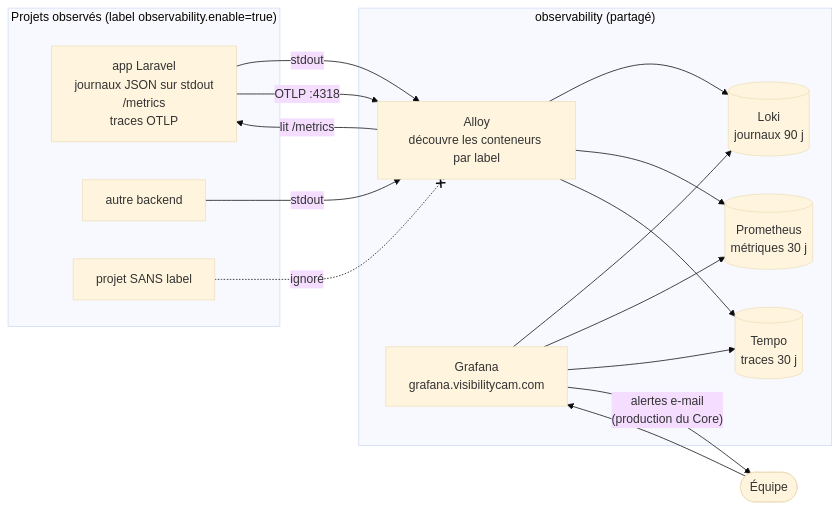
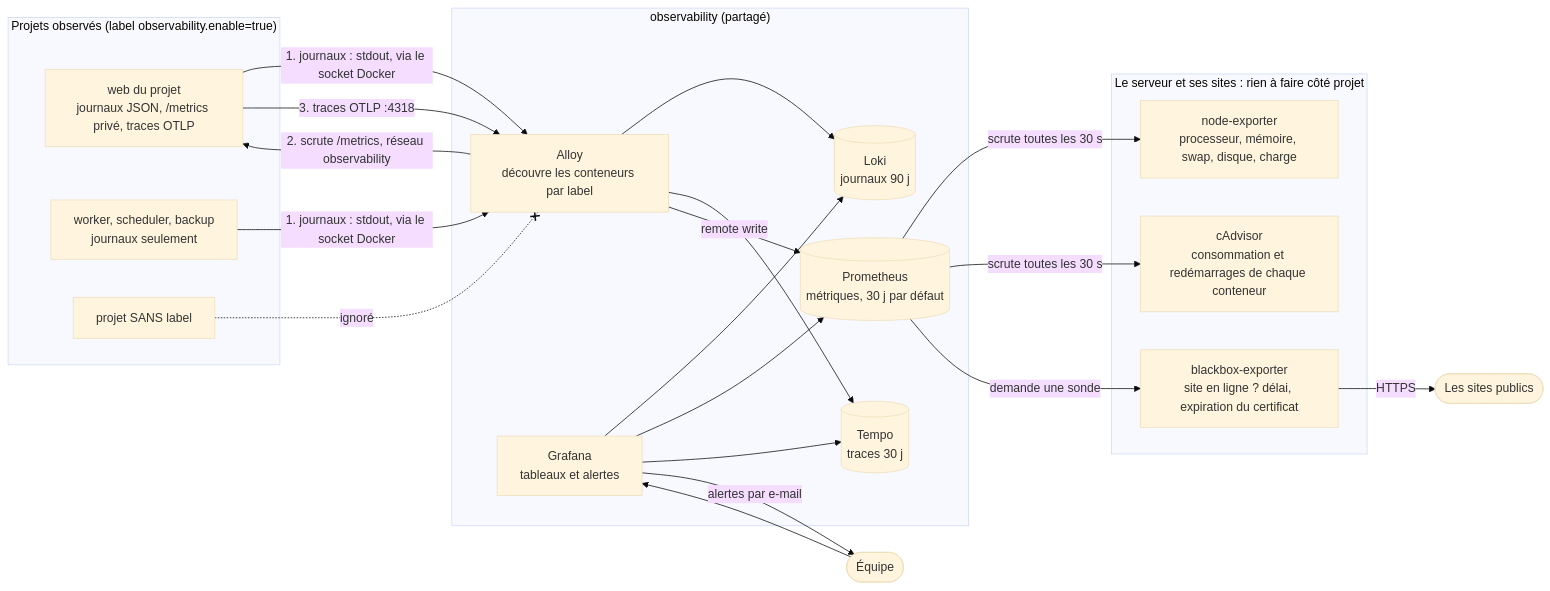
One commit to wilfreidlando/vcam-infra-deploy changed the ninth of 13 diagrams in docs/01-schemas.md. Above: the diagram before and after it, drawn with Mermaid (base theme). The commit also changed other lines of this file and 1 other file, not shown here.

First line of the commit message:
docs(architecture) : trois niveaux de lecture, schéma des trois réseaux d'un conteneur web, supervision complète, alertes

````diff
--- a/docs/01-schemas.md
+++ b/docs/01-schemas.md
@@ -294,25 +342,35 @@
 ```mermaid
 flowchart LR
     subgraph Apps["Projets observés (label observability.enable=true)"]
-        A1["app Laravel<br/>journaux JSON sur stdout<br/>/metrics<br/>traces OTLP"]
-        A2["autre backend"]
+        A1["web du projet<br/>journaux JSON, /metrics privé, traces OTLP"]
+        A2["worker, scheduler, backup<br/>journaux seulement"]
         X["projet SANS label"]
+    end
+    subgraph Host["Le serveur et ses sites : rien à faire côté projet"]
+        NodeE["node-exporter<br/>processeur, mémoire, swap, disque, charge"]
+        CAd["cAdvisor<br/>consommation et redémarrages de chaque conteneur"]
+        BB["blackbox-exporter<br/>site en ligne ? délai, expiration du certificat"]
     end
     subgraph OBS["observability (partagé)"]
         Alloy["Alloy<br/>découvre les conteneurs par label"]
         Loki[("Loki<br/>journaux 90 j")]
-        Prom[("Prometheus<br/>métriques 30 j")]
+        Prom[("Prometheus<br/>métriques, 30 j par défaut")]
         Tempo[("Tempo<br/>traces 30 j")]
-        Graf["Grafana<br/>grafana.visibilitycam.com"]
+        Graf["Grafana<br/>tableaux et alertes"]
     end
+    Sites(["Les sites publics"])
     Team(["Équipe"])
 
-    A1 & A2 -->|"stdout"| Alloy
-    Alloy -->|"lit /metrics"| A1
-    A1 -->|"OTLP :4318"| Alloy
+    A1 & A2 -->|"1. journaux : stdout, via le socket Docker"| Alloy
+    Alloy -->|"2. scrute /metrics, réseau observability"| A1
+    A1 -->|"3. traces OTLP :4318"| Alloy
     X -. "ignoré" .-x Alloy
-    Alloy --> Loki & Prom & Tempo
+    Alloy --> Loki & Tempo
+    Alloy -->|"remote write"| Prom
+    Prom -->|"scrute toutes les 30 s"| NodeE & CAd
+    Prom -->|"demande une sonde"| BB
+    BB -->|"HTTPS"| Sites
     Graf --> Loki & Prom & Tempo
     Team --> Graf
-    Graf -->|"alertes e-mail<br/>(production du Core)"| Team
+    Graf -->|"alertes par e-mail"| Team
 ```
````
